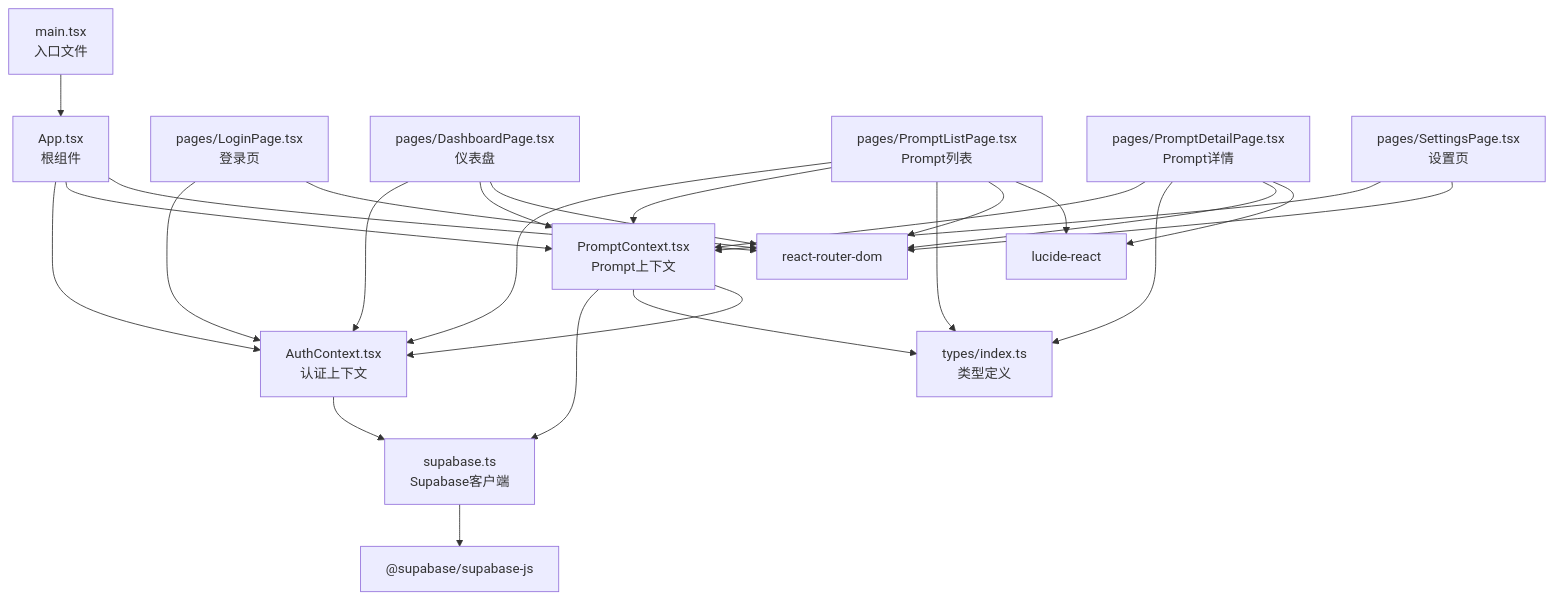
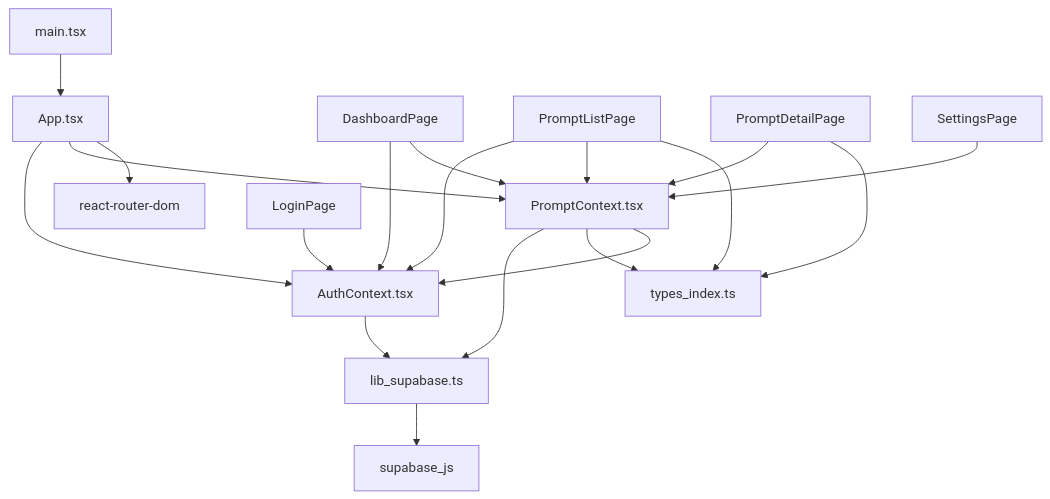
The second of 7 diagrams in note/module.mmd (longlong007/PromptsManager), drawn with Mermaid before and after one commit. The commit also changed other lines of this file and 4 other files, not shown here.

Commit message:
doc：修改架构图，模块依赖图，目录树

````diff
--- a/note/module.mmd
+++ b/note/module.mmd
@@ -5,62 +68,20 @@
 ```mermaid
 graph TD
-    %% 入口层
-    main["main.tsx<br/>入口文件"]
+    main[main.tsx] --> App[App.tsx]
+    App --> AuthCtx[AuthContext.tsx]
+    App --> PromptCtx[PromptContext.tsx]
+    App --> Router[react-router-dom]
 
-    %% 根组件
-    App["App.tsx<br/>根组件"]
-
-    %% Context 层
-    AuthCtx["AuthContext.tsx<br/>认证上下文"]
-    PromptCtx["PromptContext.tsx<br/>Prompt上下文"]
-
-    %% Lib 层
-    supabase["supabase.ts<br/>Supabase客户端"]
-    types["types/index.ts<br/>类型定义"]
-
-    %% Pages 层
-    Login["pages/LoginPage.tsx<br/>登录页"]
-    Dashboard["pages/DashboardPage.tsx<br/>仪表盘"]
-    PromptList["pages/PromptListPage.tsx<br/>Prompt列表"]
-    PromptDetail["pages/PromptDetailPage.tsx<br/>Prompt详情"]
-    Settings["pages/SettingsPage.tsx<br/>设置页"]
-
-    %% 外部依赖
-    react["react-router-dom"]
-    lucide["lucide-react"]
-    supabase_lib["@supabase/supabase-js"]
-
-    %% 依赖关系
-    main --> App
-    App --> AuthCtx
-    App --> PromptCtx
-    App --> react
-
-    AuthCtx --> supabase
+    AuthCtx --> supabase[lib_supabase.ts]
     PromptCtx --> supabase
-    PromptCtx --> types
+    PromptCtx --> types[types_index.ts]
     PromptCtx --> AuthCtx
 
-    supabase --> supabase_lib
+    Login[LoginPage] --> AuthCtx
+    Dashboard[DashboardPage] --> AuthCtx & PromptCtx
+    PromptList[PromptListPage] --> AuthCtx & PromptCtx & types
+    PromptDetail[PromptDetailPage] --> PromptCtx & types
+    Settings[SettingsPage] --> PromptCtx
 
-    Login --> AuthCtx
-    Login --> react
-
-    Dashboard --> AuthCtx
-    Dashboard --> PromptCtx
-    Dashboard --> react
-
-    PromptList --> AuthCtx
-    PromptList --> PromptCtx
-    PromptList --> types
-    PromptList --> react
-    PromptList --> lucide
-
-    PromptDetail --> PromptCtx
-    PromptDetail --> types
-    PromptDetail --> react
-    PromptDetail --> lucide
-
-    Settings --> PromptCtx
-    Settings --> react
+    supabase --> SB_JS[supabase_js]
 ```
````
